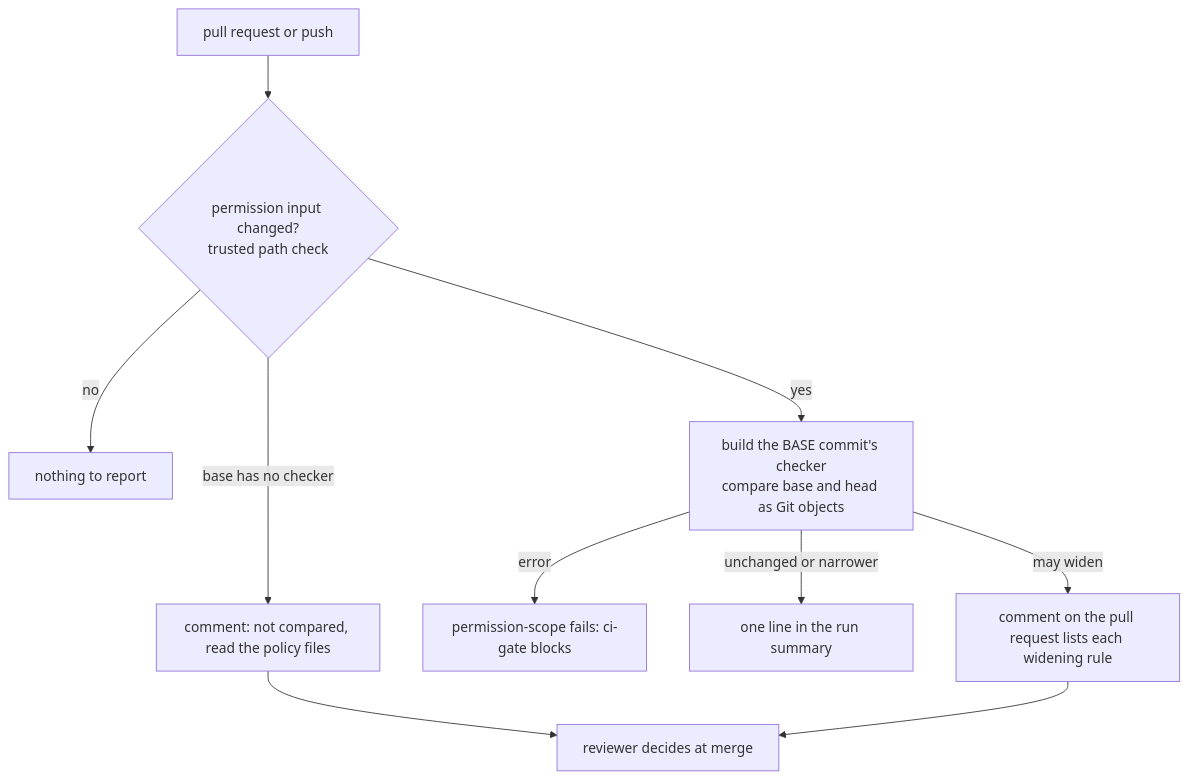
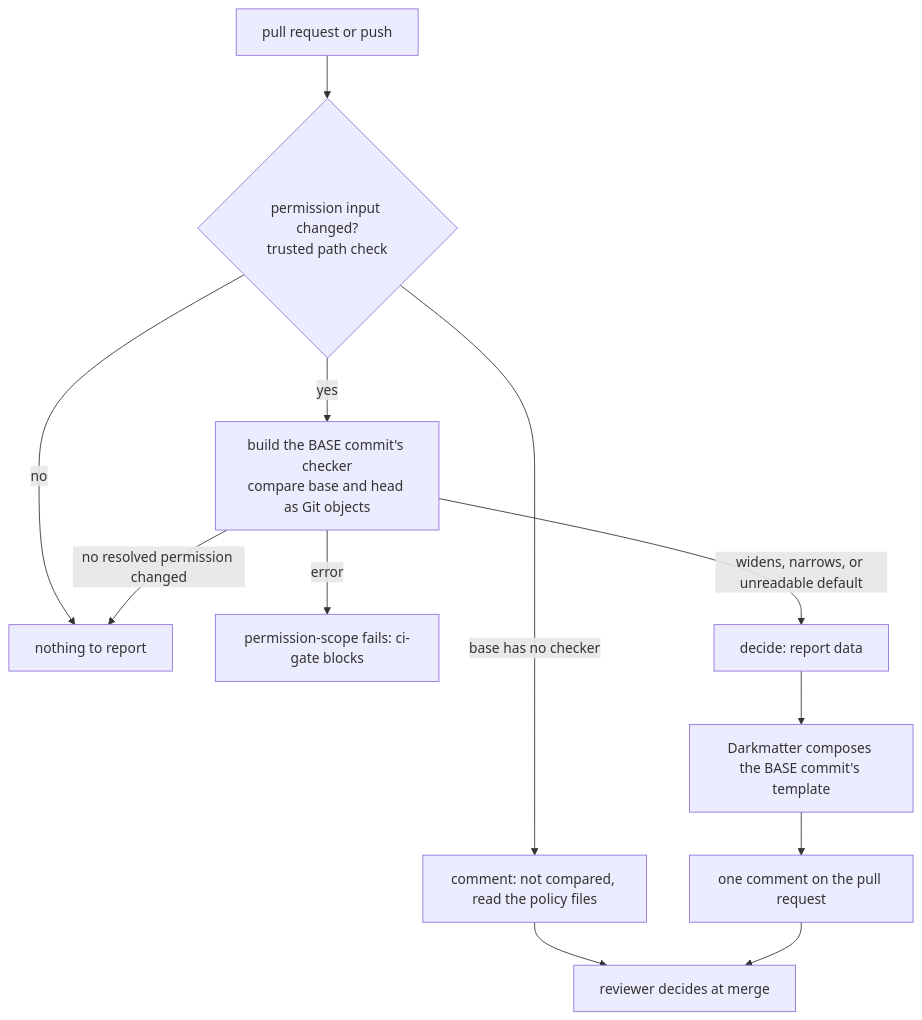
The tenth of 10 diagrams in docs/topics/ci-cd.md (yankeeinlondon/rusty-biscuit), drawn with Mermaid before and after one commit. The commit also changed other lines of this file and 12 other files, not shown here.

First line of the commit message:
fix(ci): compose a definitive permission report with Darkmatter

````diff
--- a/docs/topics/ci-cd.md
+++ b/docs/topics/ci-cd.md
@@ -1296,12 +1335,14 @@
 ```mermaid
 flowchart TD
     A[pull request or push] --> B{permission input changed?<br/>trusted path check}
     B -- no --> S[nothing to report]
     B -- yes --> C[build the BASE commit's checker<br/>compare base and head as Git objects]
     B -- base has no checker --> U[comment: not compared, read the policy files]
     C -- error --> F[permission-scope fails: ci-gate blocks]
-    C -- unchanged or narrower --> M[one line in the run summary]
-    C -- may widen --> W[comment on the pull request lists each widening rule]
+    C -- no resolved permission changed --> S
+    C -- widens, narrows, or unreadable default --> D[decide: report data]
+    D --> R[Darkmatter composes the BASE commit's template]
+    R --> W[one comment on the pull request]
     U --> G[reviewer decides at merge]
     W --> G
 ```
````
